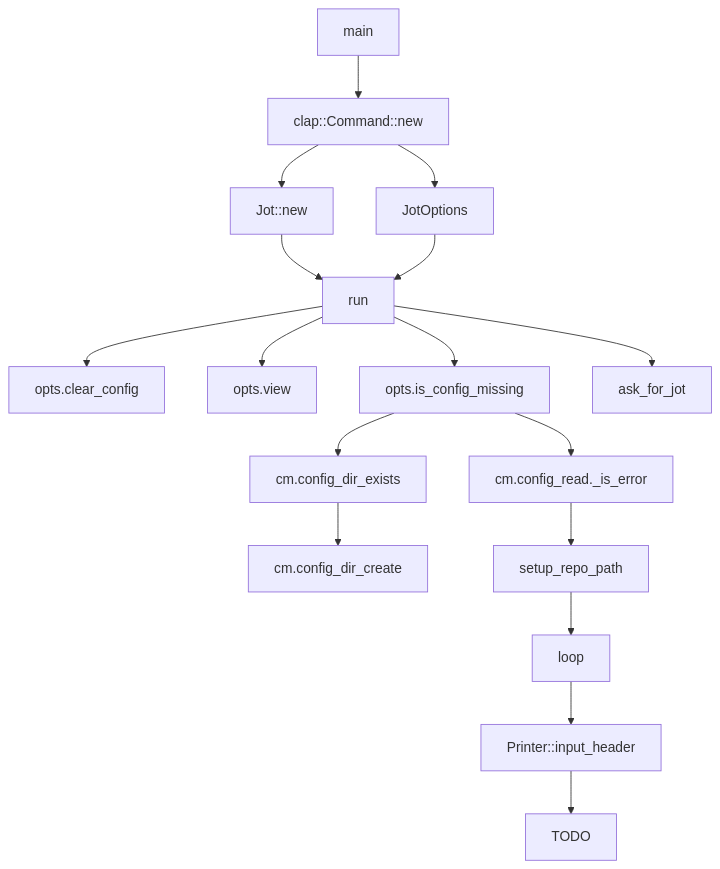
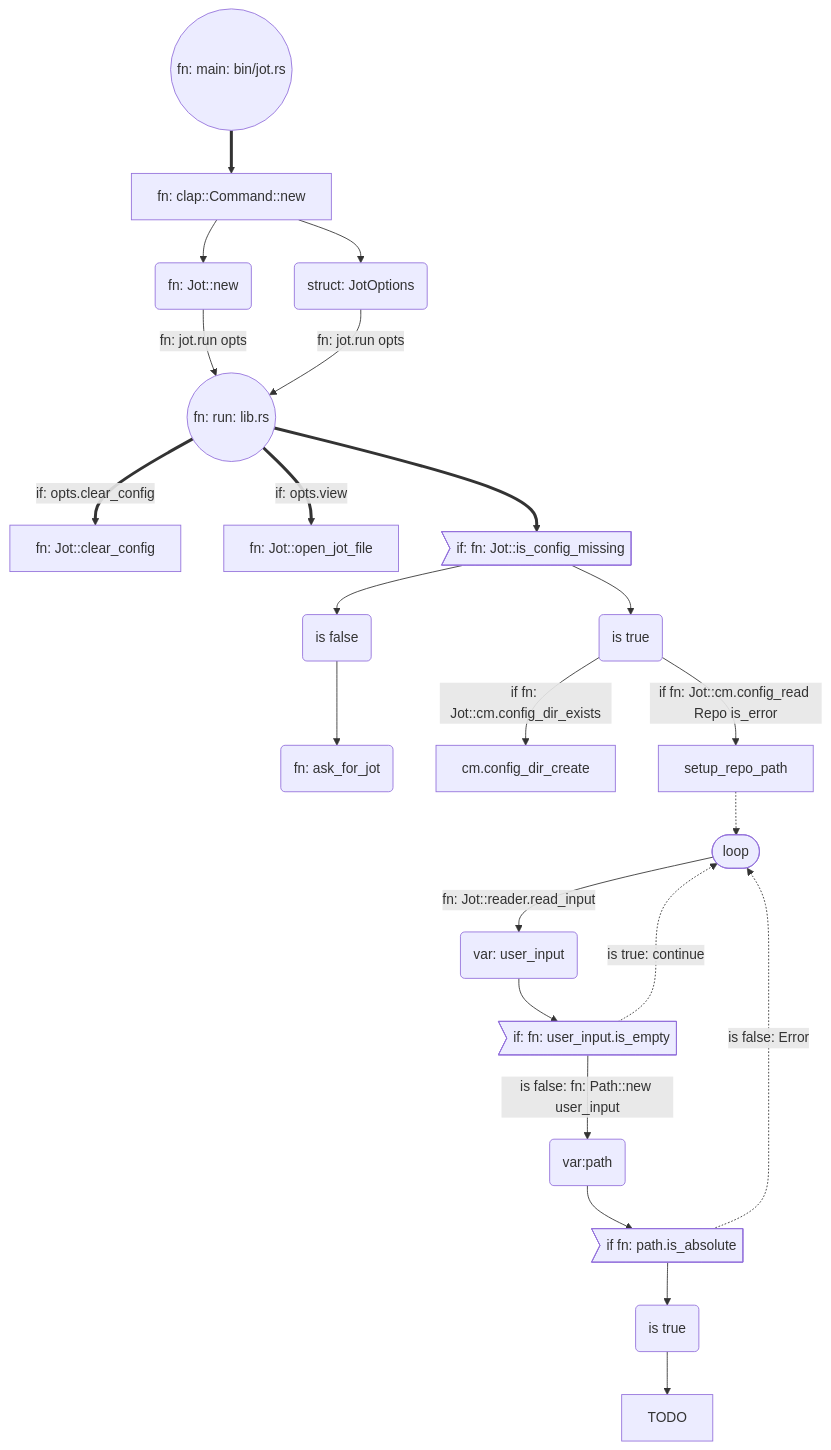
One commit to lloydlobo/jot changed the diagram in README.md. Above: the diagram before and after it, drawn with Mermaid. The commit also changed other lines of this file and 3 other files, not shown here.

Commit message:
docs: add more to mermaid chart

````diff
--- a/README.md
+++ b/README.md
@@ -11,18 +13,24 @@
 ```mermaid
 graph TD;
 
-main --> clap::Command::new;
-clap::Command::new --> Jot::new;
-clap::Command::new --> JotOptions;
-Jot::new --> run;
-JotOptions --> run;
+A((fn: main: bin/jot.rs))==>A1[fn: clap::Command::new];
+A1-->A11(fn: Jot::new);
+A1-->A12(struct: JotOptions);
+A11-->|fn: jot.run opts|B((fn: run: lib.rs));
+A12-->|fn: jot.run opts|B;
 
-run --> opts.clear_config;
-run --> opts.view;
-run --> opts.is_config_missing;
-run --> ask_for_jot;
-opts.is_config_missing --> cm.config_dir_exists -->  cm.config_dir_create;
-opts.is_config_missing --> cm.config_read._is_error -->  setup_repo_path;
-
-setup_repo_path --> loop --> Printer::input_header --> TODO;
+B==>|if: opts.clear_config|B1[fn: Jot::clear_config];
+B==>|if: opts.view|B2[fn: Jot::open_jot_file];
+B==>B3>if: fn: Jot::is_config_missing];
+B3-->B31(is true);
+B3-->B32(is false)-->B321(fn: ask_for_jot);
+B31-->|if fn: Jot::cm.config_dir_exists|B311[cm.config_dir_create];
+B31-->|if fn: Jot::cm.config_read Repo is_error|B312[setup_repo_path];
+B312-.->C([loop]);
+C-->|fn: Jot::reader.read_input|C1(var: user_input);
+C1-->C11>if: fn: user_input.is_empty];
+C11-.->|is true: continue|C;
+C11-->|is false: fn: Path::new user_input|D(var:path);
+D-->D1>if fn: path.is_absolute]-->D11(is true)-->TODO;
+D1-.->|is false: Error|C;
 ```
````
